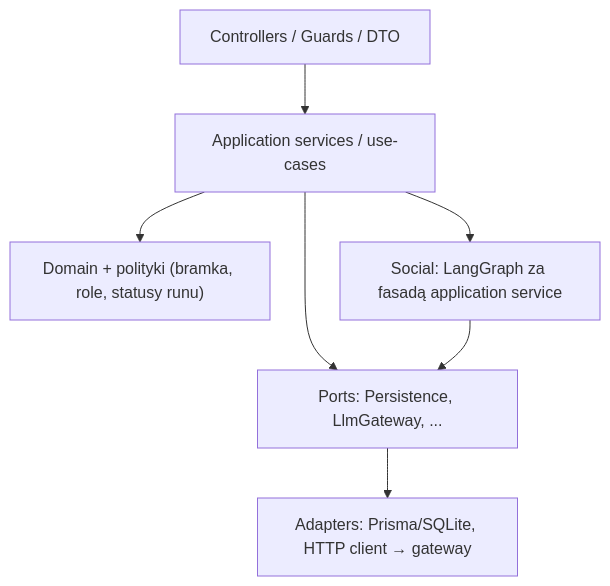
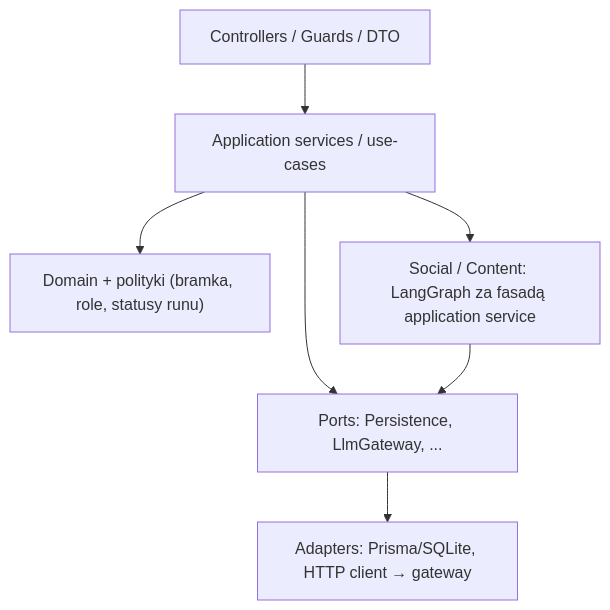
One commit to matej2314/content-chain changed the second of 2 diagrams in docs/architektura.md. Above: the diagram before and after it, drawn with Mermaid. The commit also changed other lines of this file and 27 other files, not shown here.

````diff
--- a/docs/architektura.md
+++ b/docs/architektura.md
@@ -96,16 +100,16 @@
 ```mermaid
 flowchart TB
   HTTP["Controllers / Guards / DTO"]
   APP["Application services / use-cases"]
   DOM["Domain + polityki (bramka, role, statusy runu)"]
   PORTS["Ports: Persistence, LlmGateway, ..."]
   ADAPTERS["Adapters: Prisma/SQLite, HTTP client → gateway"]
-  GRAPH["Social: LangGraph za fasadą application service"]
+  GRAPH["Social / Content: LangGraph za fasadą application service"]
 
   HTTP --> APP
   APP --> DOM
   APP --> PORTS
   APP --> GRAPH
   GRAPH --> PORTS
   PORTS --> ADAPTERS
 ```
````
